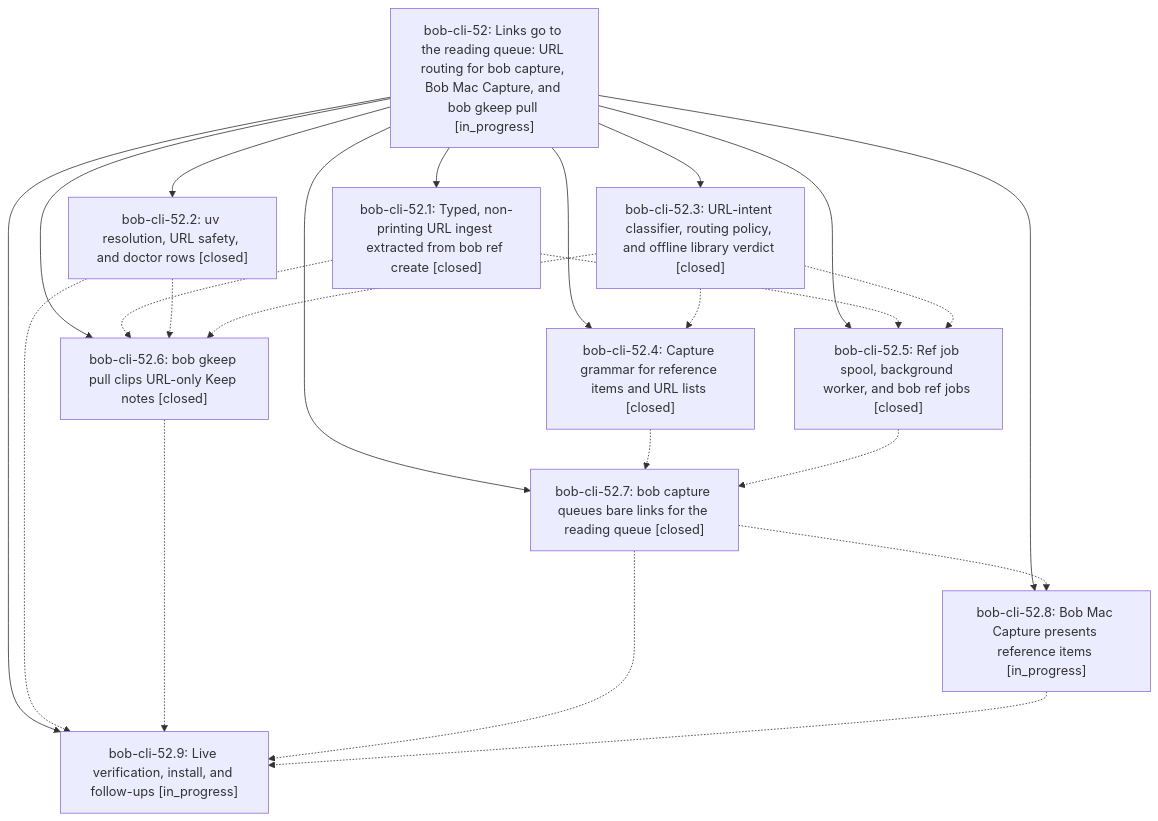
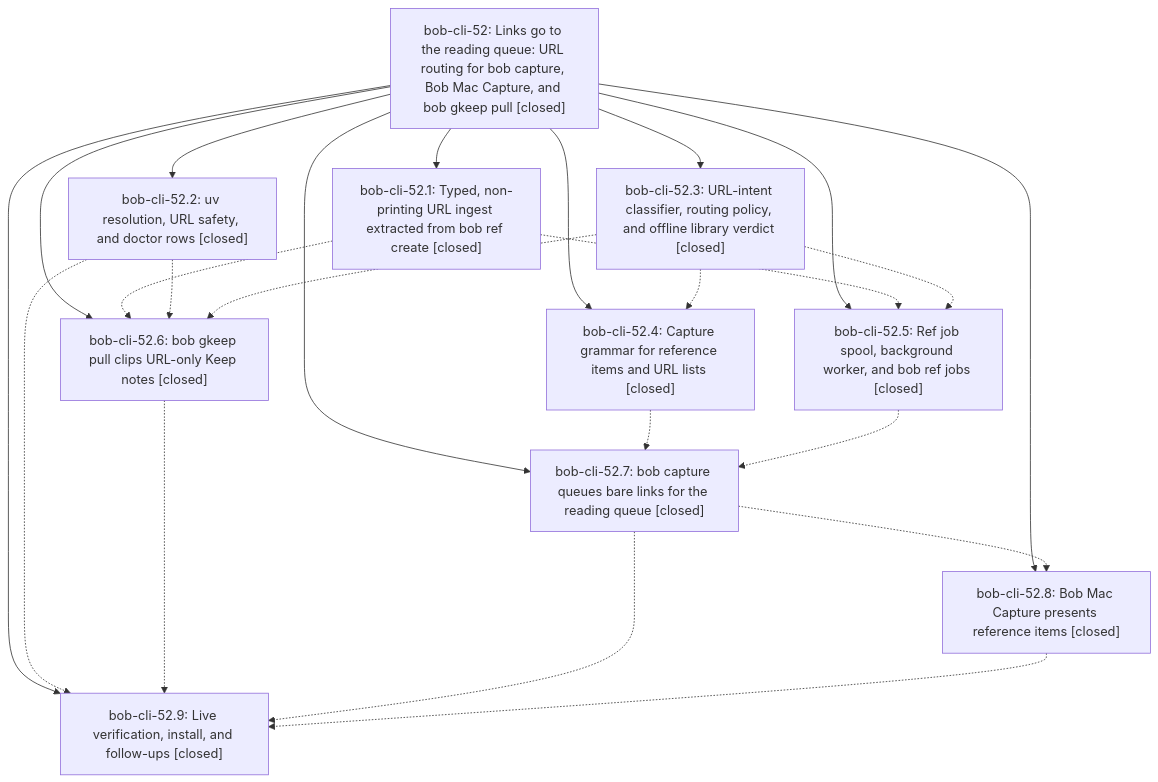
The diagram in pages/bob-cli-52/README.md (bobs-org/bob-cli--beads), drawn with Mermaid before and after one commit. The commit also changed other lines of this file and 5 other files, not shown here.

First line of the commit message:
chore(beads): sync bead state and pages for bob-cli-52

````diff
--- a/pages/bob-cli-52/README.md
+++ b/pages/bob-cli-52/README.md
@@ -30,35 +36,35 @@
 ```mermaid
 flowchart TD
-    n0["bob-cli-52: Links go to the reading queue: URL routing for bob capture, Bob Mac Capture, and bob gkeep pull [in_progress]"]
+    n0["bob-cli-52: Links go to the reading queue: URL routing for bob capture, Bob Mac Capture, and bob gkeep pull [closed]"]
     n1["bob-cli-52.1: Typed, non-printing URL ingest extracted from bob ref create [closed]"]
     n2["bob-cli-52.2: uv resolution, URL safety, and doctor rows [closed]"]
     n3["bob-cli-52.3: URL-intent classifier, routing policy, and offline library verdict [closed]"]
     n4["bob-cli-52.4: Capture grammar for reference items and URL lists [closed]"]
     n5["bob-cli-52.5: Ref job spool, background worker, and bob ref jobs [closed]"]
     n6["bob-cli-52.6: bob gkeep pull clips URL-only Keep notes [closed]"]
     n7["bob-cli-52.7: bob capture queues bare links for the reading queue [closed]"]
-    n8["bob-cli-52.8: Bob Mac Capture presents reference items [in_progress]"]
-    n9["bob-cli-52.9: Live verification, install, and follow-ups [in_progress]"]
+    n8["bob-cli-52.8: Bob Mac Capture presents reference items [closed]"]
+    n9["bob-cli-52.9: Live verification, install, and follow-ups [closed]"]
     n0 --> n1
     n0 --> n2
     n0 --> n3
     n0 --> n4
     n0 --> n5
     n0 --> n6
     n0 --> n7
     n0 --> n8
     n0 --> n9
     n1 -.-> n5
     n1 -.-> n6
     n2 -.-> n6
     n2 -.-> n9
     n3 -.-> n4
     n3 -.-> n5
     n3 -.-> n6
     n4 -.-> n7
     n5 -.-> n7
     n6 -.-> n9
     n7 -.-> n8
     n7 -.-> n9
     n8 -.-> n9
 ```
````
